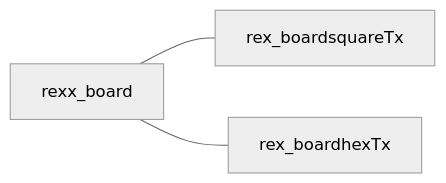
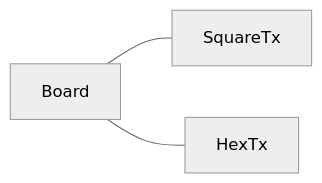
The first of 6 diagrams in plugins.md/rex_board.md (rexrainbow/C2RexDoc), drawn with Mermaid (neutral theme) before and after one commit. The commit also changed other lines of this file and 2 other files, not shown here.

````diff
--- a/plugins.md/rex_board.md
+++ b/plugins.md/rex_board.md
@@ -27,5 +27,5 @@
 ```mermaid
 graph LR
-rexx_board --- rex_boardsquareTx
-rexx_board --- rex_boardhexTx
+Board --- SquareTx
+Board --- HexTx
 ```
````
